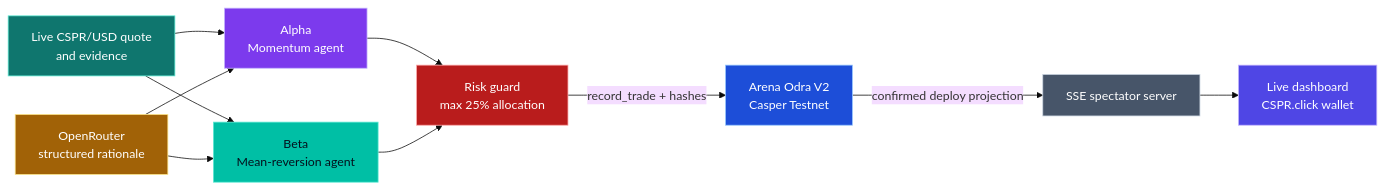
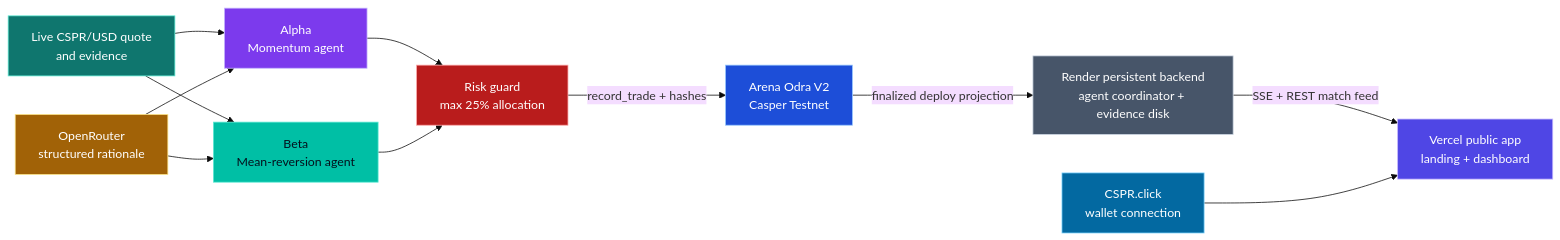
Before and after one commit to NikhilRaikwar/arena-casper: the first of 2 diagrams in README.md, drawn with Mermaid (base theme). The commit also changed other lines of this file and 1 other file, not shown here.

Commit message:
docs: publish live deployment and Match 19 proofs

````diff
--- a/README.md
+++ b/README.md
@@ -22,30 +20,33 @@
 ```mermaid
 flowchart LR
     A["Alpha\nMomentum agent"]:::agentA
     B["Beta\nMean-reversion agent"]:::agentB
     Q["Live CSPR/USD quote\nand evidence"]:::data
     L["OpenRouter\nstructured rationale"]:::ai
     G["Risk guard\nmax 25% allocation"]:::guard
     C["Arena Odra V2\nCasper Testnet"]:::chain
-    S["SSE spectator server"]:::server
-    D["Live dashboard\nCSPR.click wallet"]:::ui
+    R["Render persistent backend\nagent coordinator + evidence disk"]:::server
+    V["Vercel public app\nlanding + dashboard"]:::ui
+    W["CSPR.click\nwallet connection"]:::wallet
 
     Q --> A
     Q --> B
     L --> A
     L --> B
     A --> G
     B --> G
     G -->|record_trade + hashes| C
-    C -->|confirmed deploy projection| S
-    S --> D
+    C -->|finalized deploy projection| R
+    R -->|SSE + REST match feed| V
+    W --> V
 
     classDef agentA fill:#7c3aed,stroke:#c4b5fd,color:#ffffff
     classDef agentB fill:#00bfa5,stroke:#5eead4,color:#04111d
     classDef data fill:#0f766e,stroke:#5eead4,color:#ffffff
     classDef ai fill:#a16207,stroke:#fde68a,color:#ffffff
     classDef guard fill:#b91c1c,stroke:#fca5a5,color:#ffffff
     classDef chain fill:#1d4ed8,stroke:#93c5fd,color:#ffffff
     classDef server fill:#475569,stroke:#cbd5e1,color:#ffffff
     classDef ui fill:#4f46e5,stroke:#c4b5fd,color:#ffffff
+    classDef wallet fill:#0369a1,stroke:#7dd3fc,color:#ffffff
 ```
````
